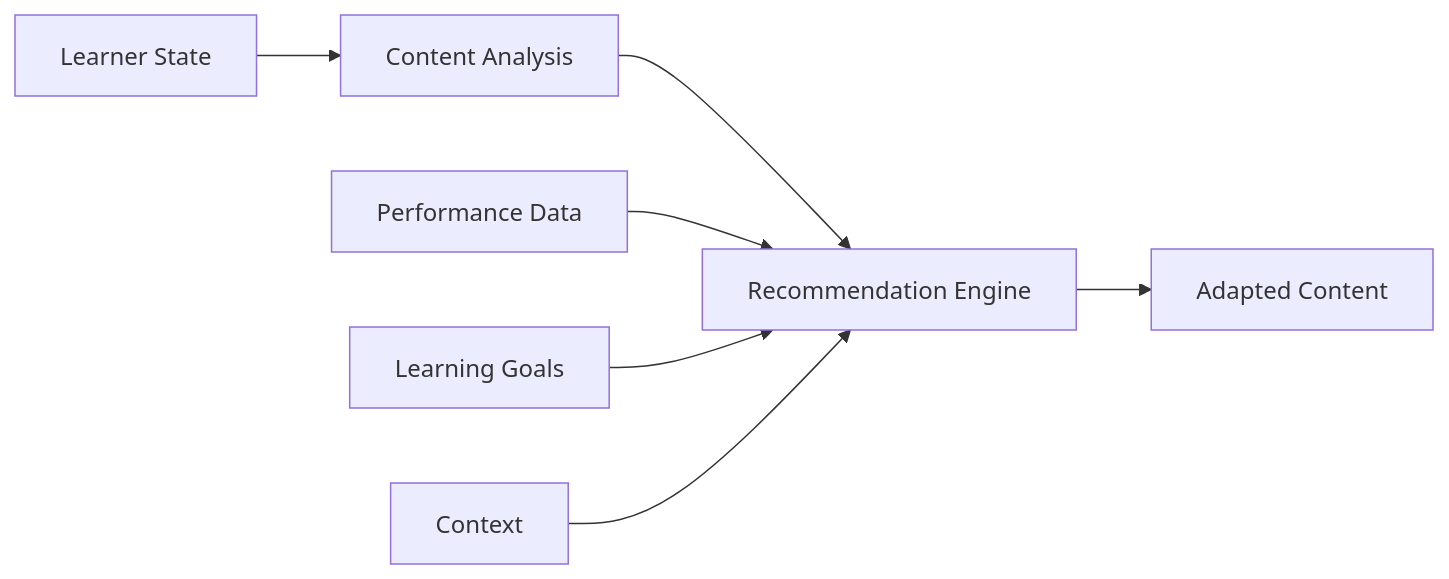
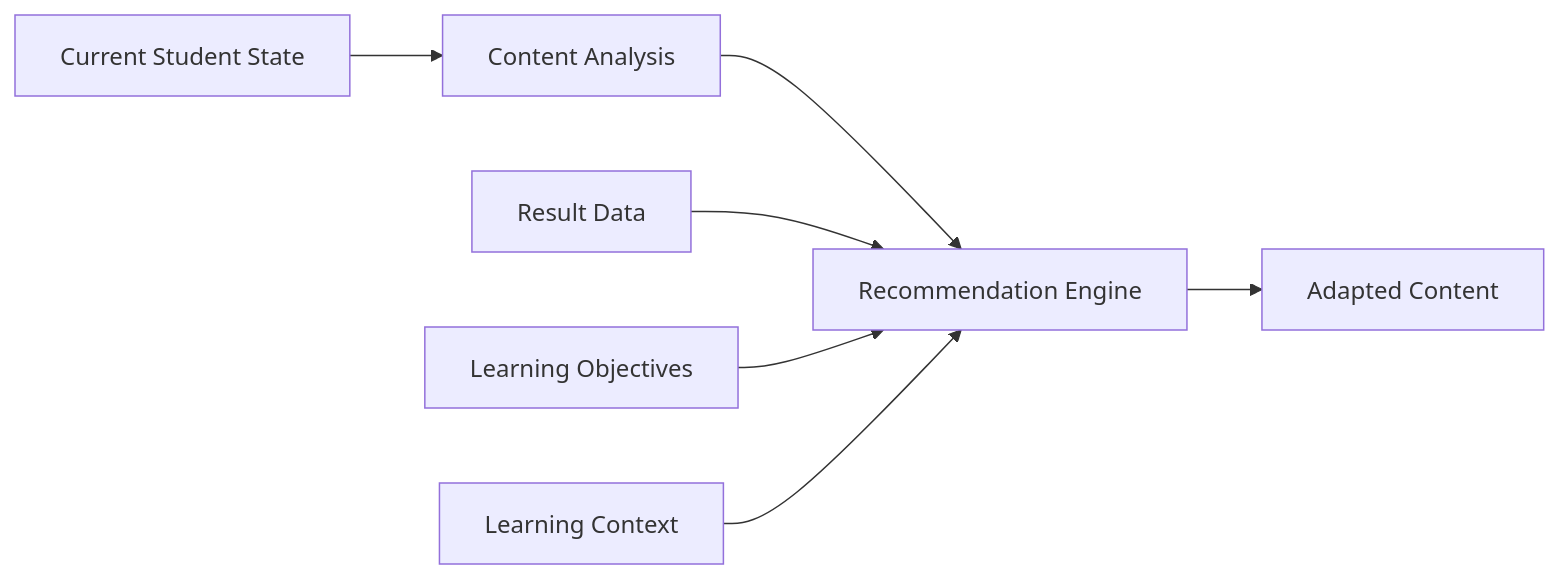
The diagram in docs/ai-layer.md (ivmarch/geniverse-docs), drawn with Mermaid before and after one commit. The commit also changed other lines of this file and 17 other files, not shown here.

````diff
--- a/docs/ai-layer.md
+++ b/docs/ai-layer.md
@@ -49,10 +57,10 @@
 ```mermaid
 graph LR
-    A[Learner State] --> B[Content Analysis]
+    A[Current Student State] --> B[Content Analysis]
     B --> C[Recommendation Engine]
     C --> D[Adapted Content]
-    
-    E[Performance Data] --> C
-    F[Learning Goals] --> C
-    G[Context] --> C
+
+    E[Result Data] --> C
+    F[Learning Objectives] --> C
+    G[Learning Context] --> C
 ```
````
